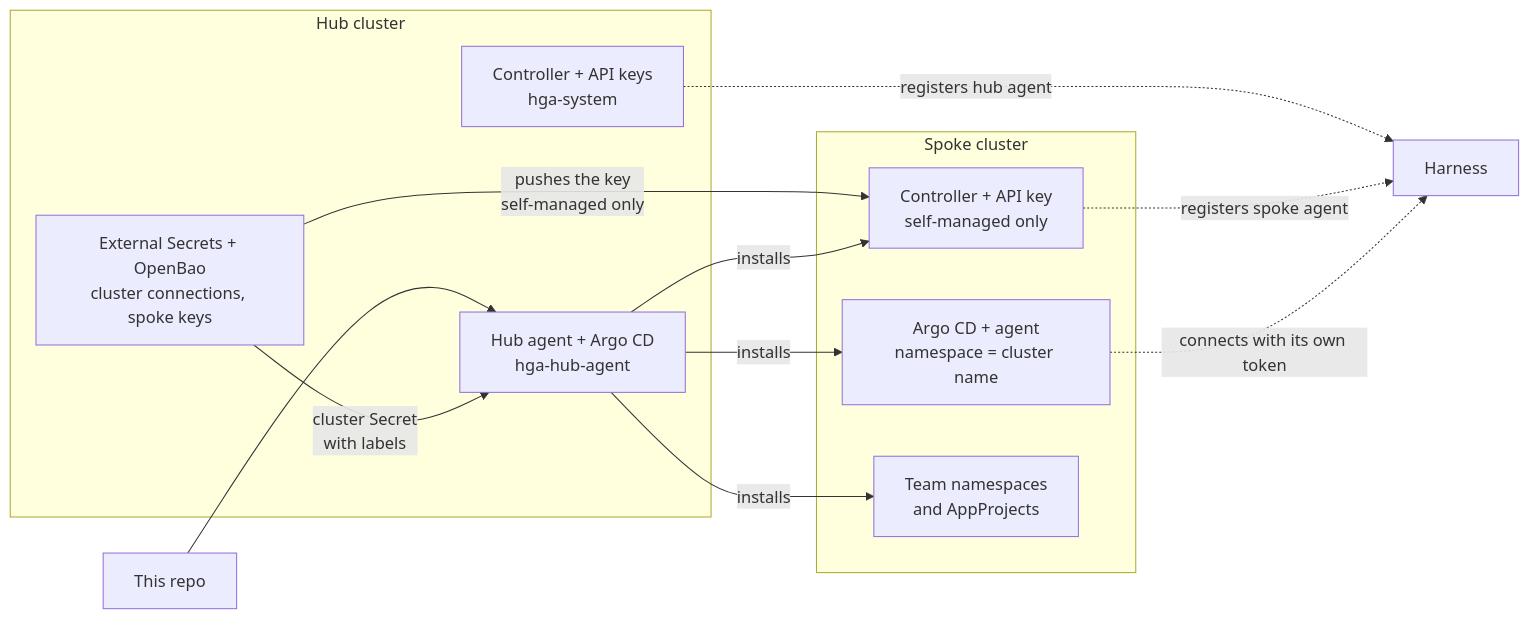
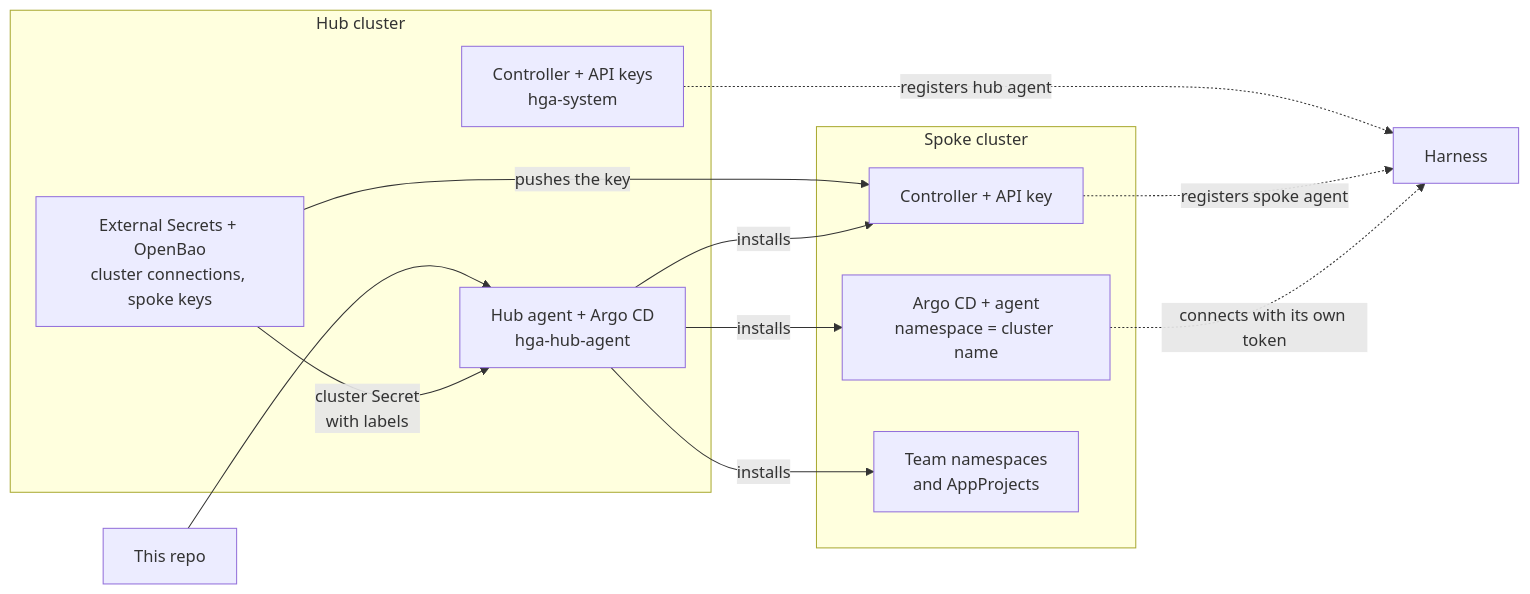
Before and after one commit to harness-landing-zone/harness-gitops: the diagram in README.md, drawn with Mermaid. The commit also changed other lines of this file and 19 other files, not shown here.

First line of the commit message:
Strip the hub-managed model from the charts and docs

````diff
--- a/README.md
+++ b/README.md
@@ -29,22 +23,22 @@
 ```mermaid
 flowchart LR
   git["This repo"] --> hubargo
   subgraph hub["Hub cluster"]
     ctrl["Controller + API keys<br/>hga-system"]
     hubargo["Hub agent + Argo CD<br/>hga-hub-agent"]
     eso["External Secrets + OpenBao<br/>cluster connections, spoke keys"]
   end
   subgraph spoke["Spoke cluster"]
-    sctrl["Controller + API key<br/>self-managed only"]
+    sctrl["Controller + API key"]
     rt["Argo CD + agent<br/>namespace = cluster name"]
     teams["Team namespaces<br/>and AppProjects"]
   end
   eso -- "cluster Secret<br/>with labels" --> hubargo
-  eso -- "pushes the key<br/>self-managed only" --> sctrl
+  eso -- "pushes the key" --> sctrl
   hubargo -- "installs" --> sctrl
   hubargo -- "installs" --> rt
   hubargo -- "installs" --> teams
   ctrl -. "registers hub agent" .-> harness["Harness"]
   sctrl -. "registers spoke agent" .-> harness
   rt -. "connects with its own token" .-> harness
 ```
````
